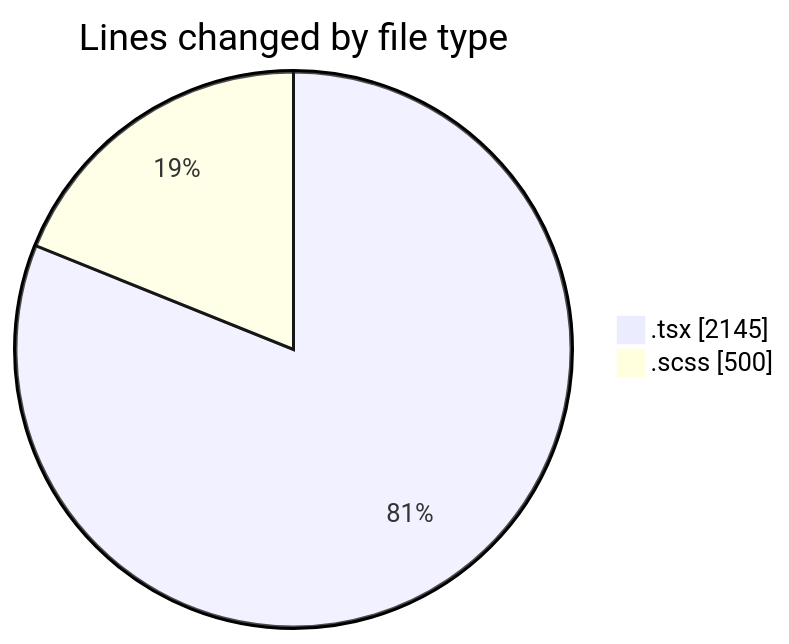
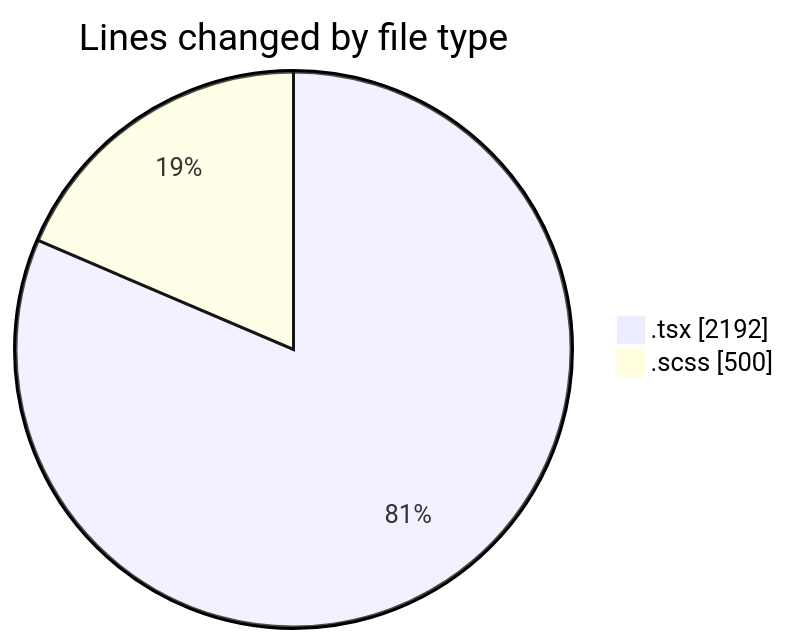
The first of 2 diagrams in 2025-04-10/cda/README.md (momahboobian/code-tracking), drawn with Mermaid before and after one commit. The commit also changed other lines of this file and 1 other file, not shown here.

````diff
--- a/2025-04-10/cda/README.md
+++ b/2025-04-10/cda/README.md
@@ -26,6 +26,6 @@
 ```mermaid
 pie showData
 title Lines changed by file type
-".tsx" : 2145
+".tsx" : 2192
 ".scss" : 500
 ```
````
